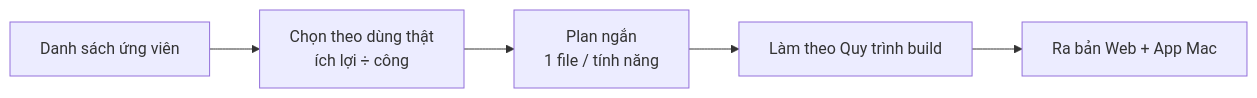
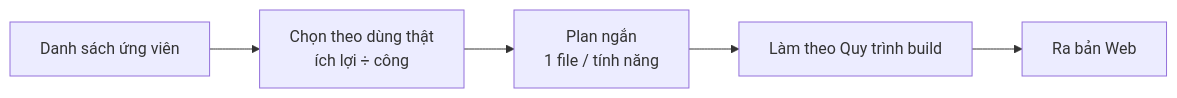
One commit to nvminhtu/niche-radar-docs changed the diagram in docs/web/phase-9-small-features.md. Above: the diagram before and after it, drawn with Mermaid. The commit also changed other lines of this file and 25 other files, not shown here.

Commit message:
docs: sync Phase 9 ứng viên ưu tiên + lộ trình Web trước App Mac, Phase 55b

````diff
--- a/docs/web/phase-9-small-features.md
+++ b/docs/web/phase-9-small-features.md
@@ -9,7 +9,7 @@
 ```mermaid
 flowchart LR
   B[Danh sách ứng viên] --> P[Chọn theo dùng thật<br/>ích lợi ÷ công]
   P --> F[Plan ngắn<br/>1 file / tính năng]
   F --> I[Làm theo Quy trình build]
-  I --> R[Ra bản Web + App Mac]
+  I --> R[Ra bản Web]
 ```
````
